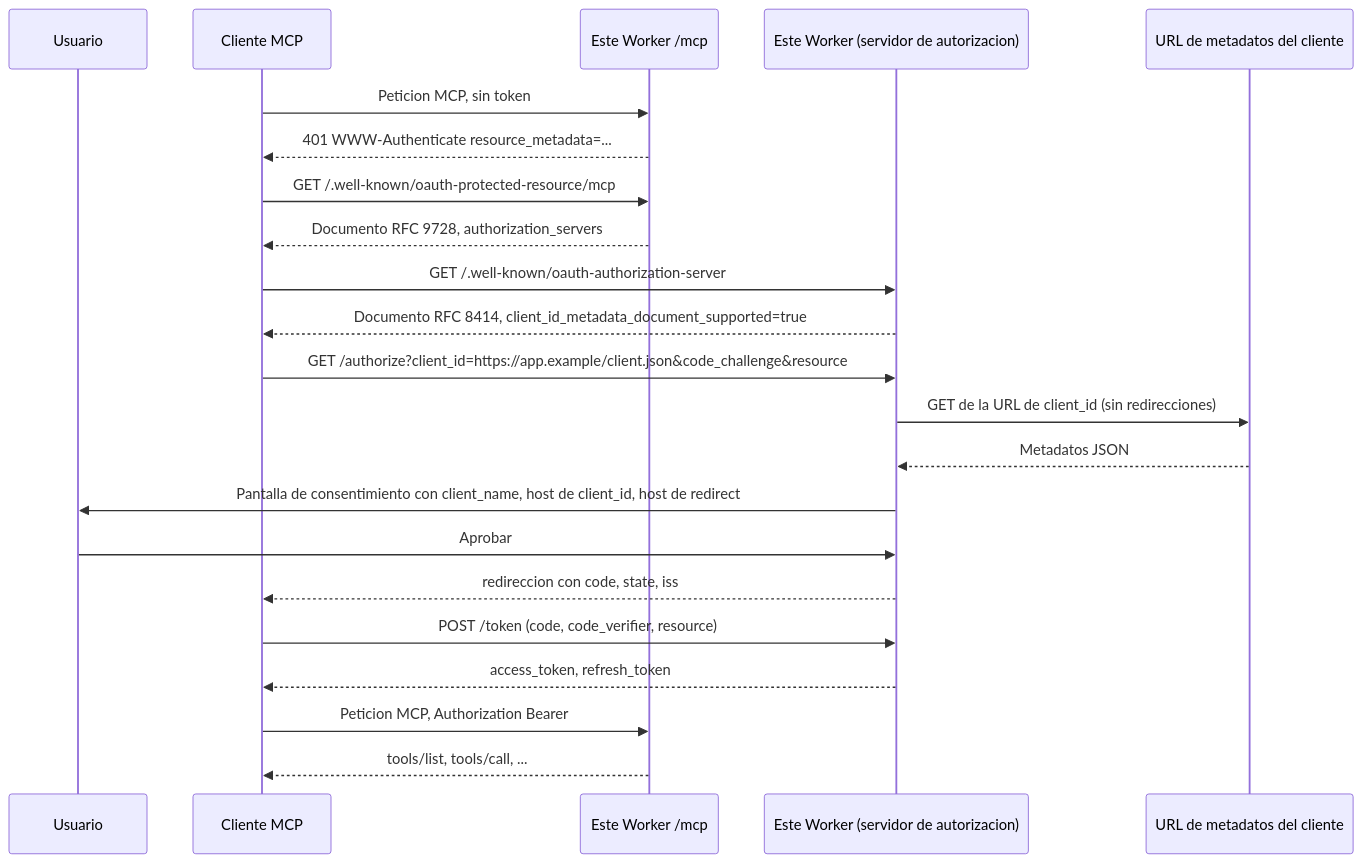
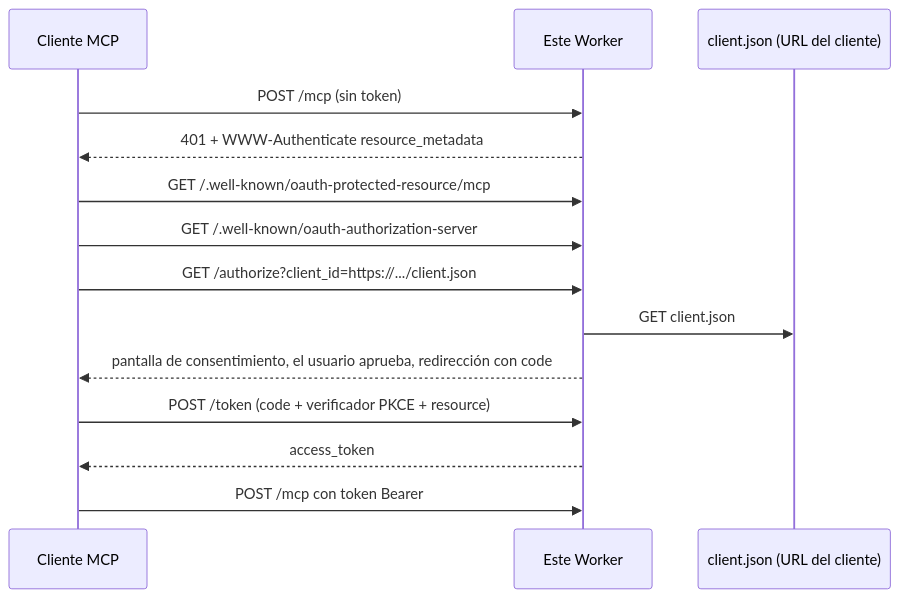
Before and after one commit to AndreaGriffiths11/cimd-mcp-reference: the diagram in README.es.md, drawn with Mermaid. The commit also changed other lines of this file and 4 other files, not shown here.

````diff
--- a/README.es.md
+++ b/README.es.md
@@ -27,25 +49,17 @@
 ```mermaid
 sequenceDiagram
-    participant User as Usuario
-    participant Client as Cliente MCP
-    participant RS as Este Worker /mcp
-    participant AS as Este Worker (servidor de autorizacion)
-    participant Doc as URL de metadatos del cliente
+    participant C as Cliente MCP
+    participant W as Este Worker
+    participant D as client.json (URL del cliente)
 
-    Client->>RS: Peticion MCP, sin token
-    RS-->>Client: 401 WWW-Authenticate resource_metadata=...
-    Client->>RS: GET /.well-known/oauth-protected-resource/mcp
-    RS-->>Client: Documento RFC 9728, authorization_servers
-    Client->>AS: GET /.well-known/oauth-authorization-server
-    AS-->>Client: Documento RFC 8414, client_id_metadata_document_supported=true
-    Client->>AS: GET /authorize?client_id=https://app.example/client.json&code_challenge&resource
-    AS->>Doc: GET de la URL de client_id (sin redirecciones)
-    Doc-->>AS: Metadatos JSON
-    AS->>User: Pantalla de consentimiento con client_name, host de client_id, host de redirect
-    User->>AS: Aprobar
-    AS-->>Client: redireccion con code, state, iss
-    Client->>AS: POST /token (code, code_verifier, resource)
-    AS-->>Client: access_token, refresh_token
-    Client->>RS: Peticion MCP, Authorization Bearer
-    RS-->>Client: tools/list, tools/call, ...
+    C->>W: POST /mcp (sin token)
+    W-->>C: 401 + WWW-Authenticate resource_metadata
+    C->>W: GET /.well-known/oauth-protected-resource/mcp
+    C->>W: GET /.well-known/oauth-authorization-server
+    C->>W: GET /authorize?client_id=https://.../client.json
+    W->>D: GET client.json
+    W-->>C: pantalla de consentimiento, el usuario aprueba, redirección con code
+    C->>W: POST /token (code + verificador PKCE + resource)
+    W-->>C: access_token
+    C->>W: POST /mcp con token Bearer
 ```
````
